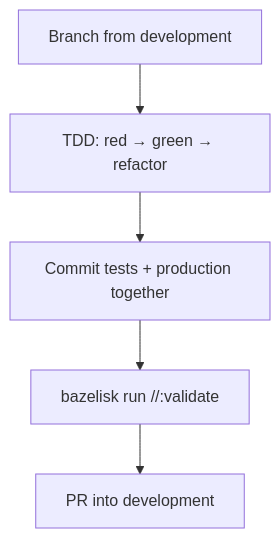
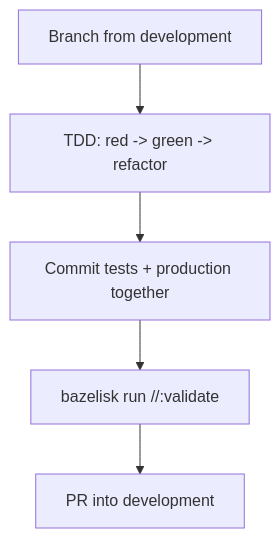
One commit to toxicoder/ez-comfy-stack changed the diagram in docs/contribute/contributing.md. Above: the diagram before and after it, drawn with Mermaid. The commit also changed other lines of this file and 1894 other files, not shown here.

````diff
--- a/docs/contribute/contributing.md
+++ b/docs/contribute/contributing.md
@@ -54,7 +54,7 @@
 ```mermaid
 flowchart TB
-  A["Branch from development"] --> B["TDD: red → green → refactor"]
+  A["Branch from development"] --> B["TDD: red -> green -> refactor"]
   B --> C["Commit tests + production together"]
   C --> D["bazelisk run //:validate"]
   D --> E["PR into development"]
 ```
````
